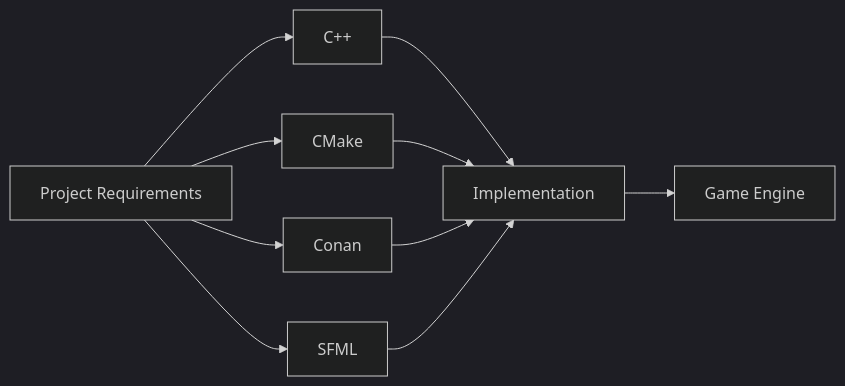
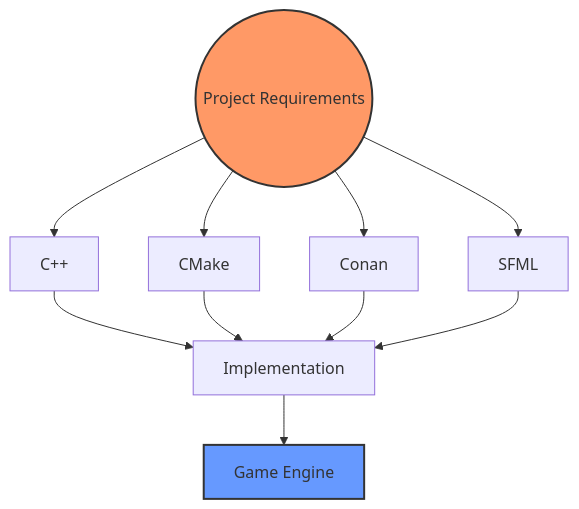
One commit to Lucas99913/Doc-RType changed the diagram in docs/technical-study.md. Above: the diagram before and after it, drawn with Mermaid. The commit also changed 1 other file, not shown here.

Commit message:
config: update jekyll configuration for mermaid support - Switch to kramdown for better mermaid support - Add mermaid plugin and configuration - Enable mermaid by default in layouts

````diff
--- a/docs/technical-study.md
+++ b/docs/technical-study.md
@@ -200,15 +200,17 @@
 ```mermaid
-%%{init: {'theme': 'dark'}}%%
-flowchart LR
-    A["Project Requirements"] --> B["C++"]
-    A --> C["CMake"]
-    A --> D["Conan"]
-    A --> E["SFML"]
-
-    B --> F["Implementation"]
-    C --> F
-    D --> F
-    E --> F
-
-    F --> G["Game Engine"]
+graph TD;
+    A((Project Requirements))-->B[C++];
+    A-->C[CMake];
+    A-->D[Conan];
+    A-->E[SFML];
+    B-->F[Implementation];
+    C-->F;
+    D-->F;
+    E-->F;
+    F-->G[Game Engine];
+    
+    classDef req fill:#f96,stroke:#333,stroke-width:2px;
+    classDef engine fill:#69f,stroke:#333,stroke-width:2px;
+    class A req;
+    class G engine;
 ```
````
